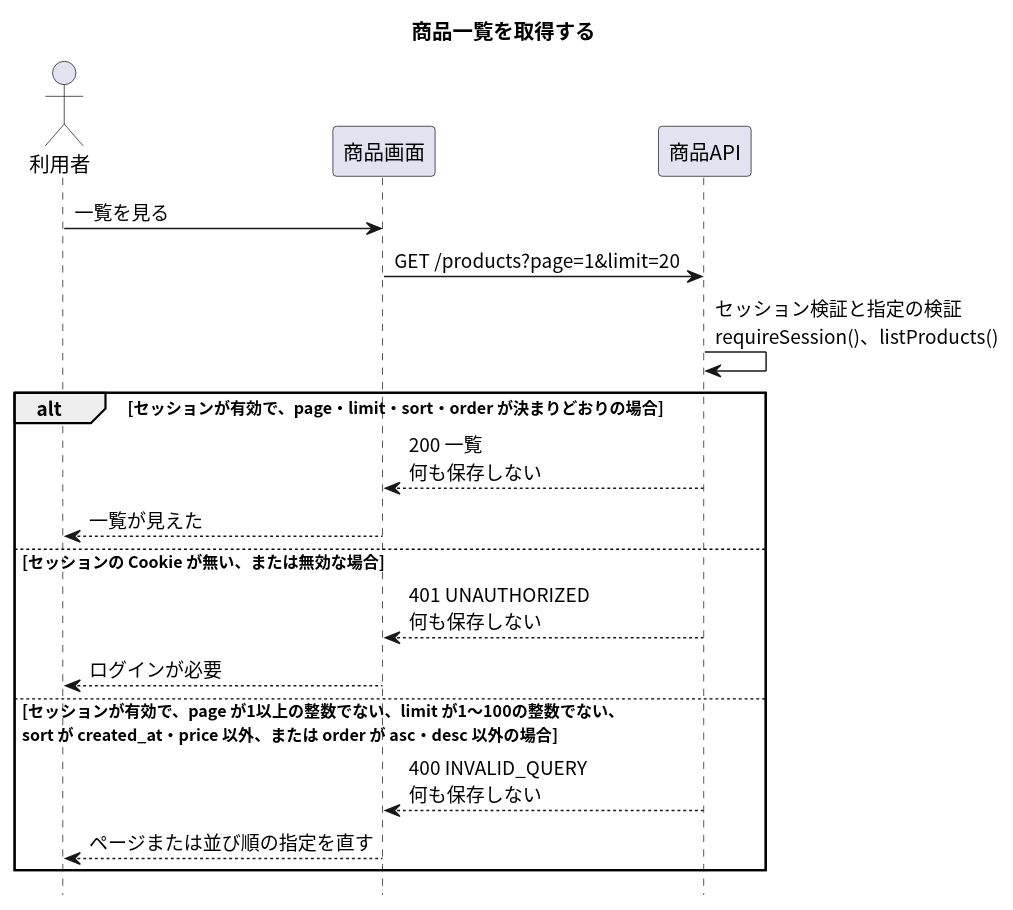
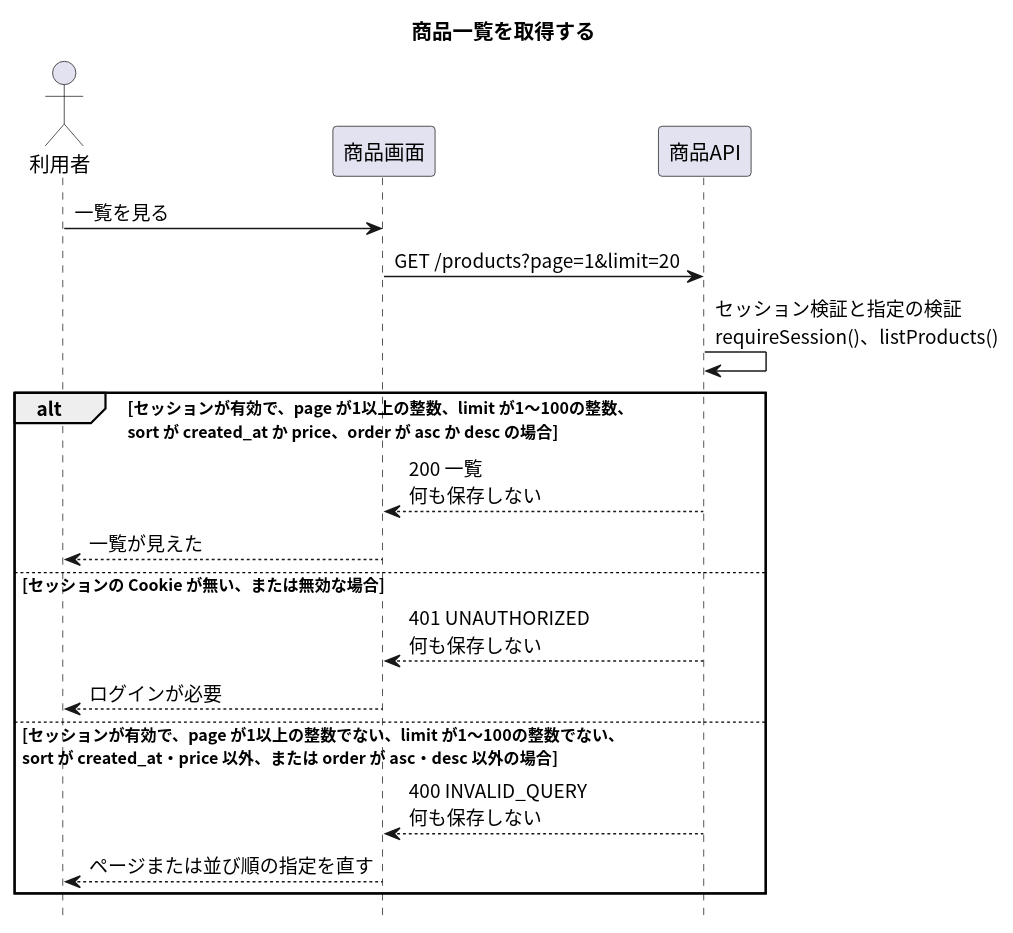
One commit to masamasamasato/design-doc-template changed the diagram in apis/list-products/入口.puml. Above: the diagram before and after it, drawn with PlantUML. The commit also changed 17 other files, not shown here.

```diff
--- a/apis/list-products/入口.puml
+++ b/apis/list-products/入口.puml
@@ -1,27 +1,27 @@
 @startuml
 skinparam shadowing false
 skinparam defaultFontName "Noto Sans CJK JP"
 skinparam SequenceFontName "Noto Sans CJK JP"
 skinparam NoteBackgroundColor #FFFFCC
 hide footbox
 
 title 商品一覧を取得する
 
 actor "利用者" as User
 participant "商品画面" as Screen
 participant "商品API" as API
 
 User -> Screen : 一覧を見る
 Screen -> API : GET /products?page=1&limit=20
 API -> API : セッション検証と指定の検証\nrequireSession()、listProducts()
-alt セッションが有効で、page・limit・sort・order が決まりどおりの場合
+alt セッションが有効で、page が1以上の整数、limit が1〜100の整数、\nsort が created_at か price、order が asc か desc の場合
   API --> Screen : 200 一覧\n何も保存しない
   Screen --> User : 一覧が見えた
 else セッションの Cookie が無い、または無効な場合
   API --> Screen : 401 UNAUTHORIZED\n何も保存しない
   Screen --> User : ログインが必要
 else セッションが有効で、page が1以上の整数でない、limit が1〜100の整数でない、\nsort が created_at・price 以外、または order が asc・desc 以外の場合
   API --> Screen : 400 INVALID_QUERY\n何も保存しない
   Screen --> User : ページまたは並び順の指定を直す
 end
 @enduml
```
